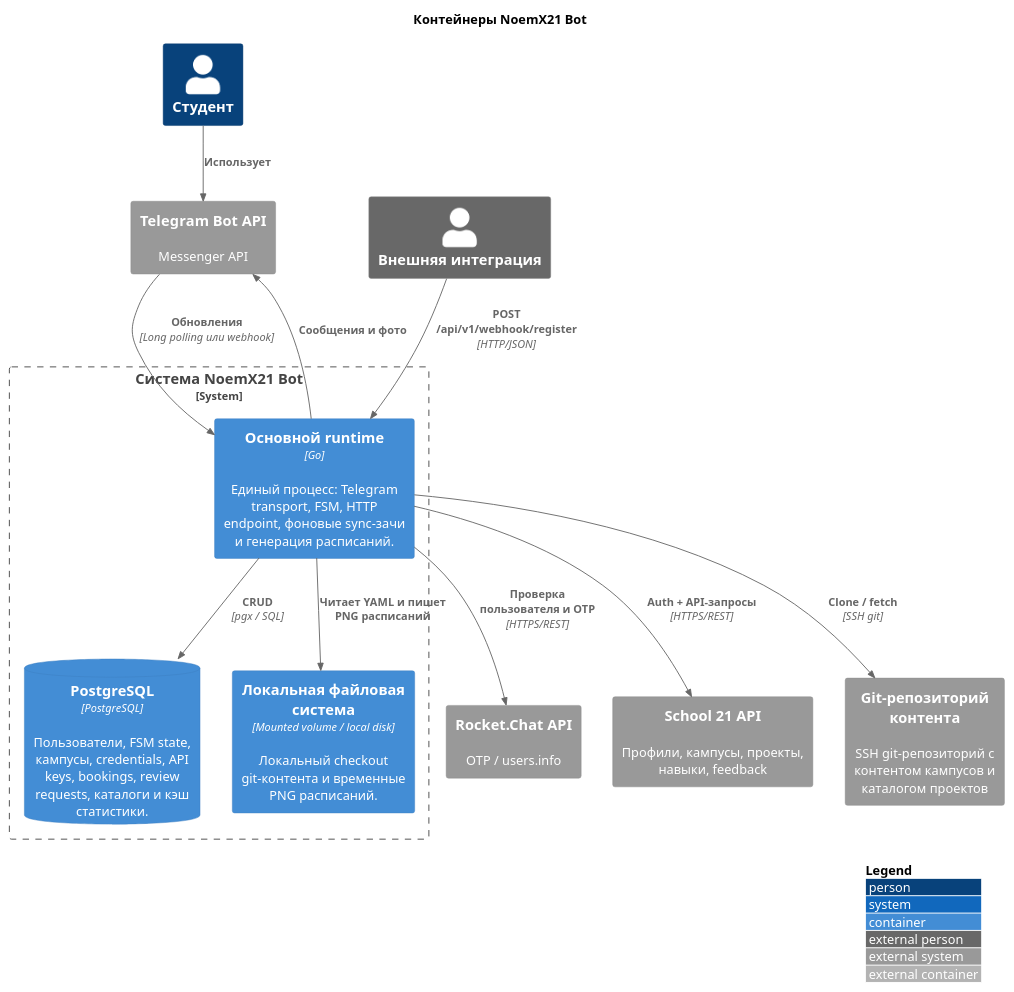
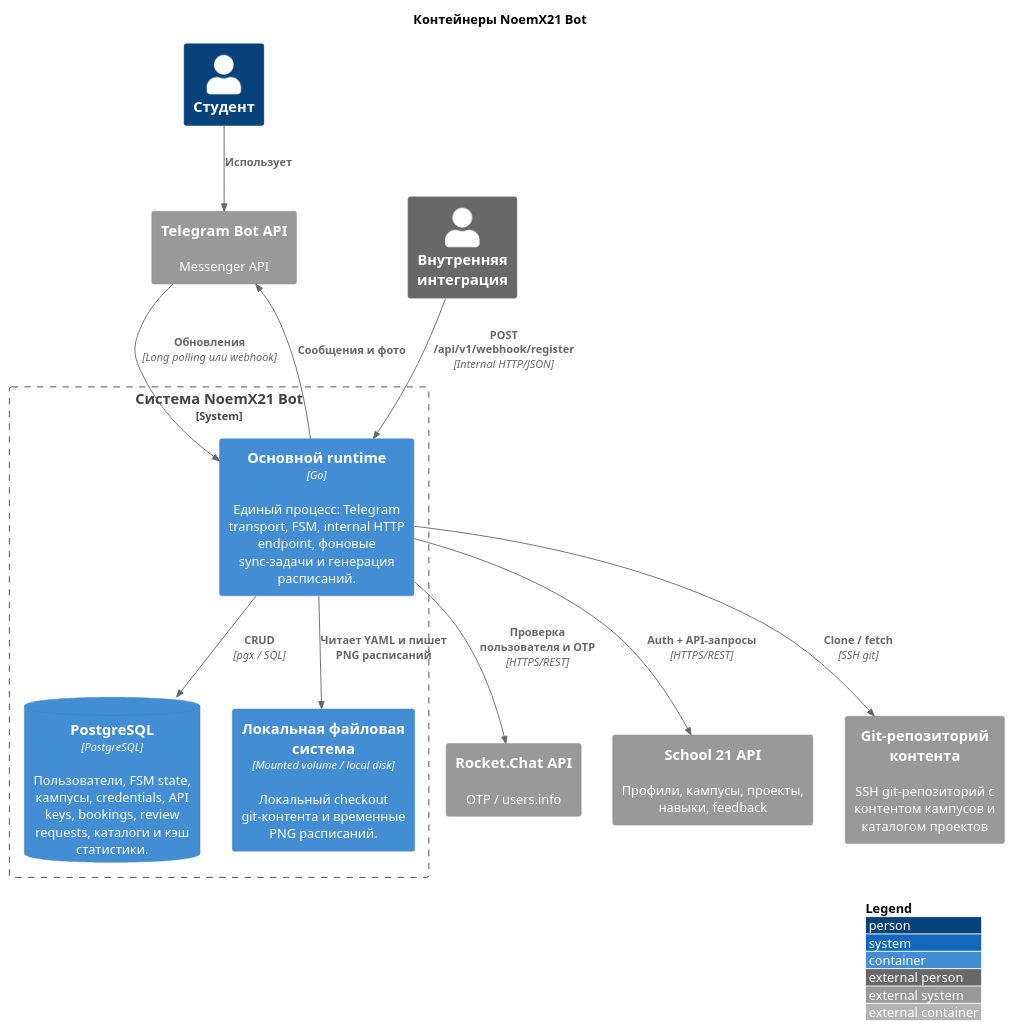
Before and after one commit to vgy789/NoemX21-bot: the diagram in docs/c4/c4_container.puml, drawn with PlantUML. The commit also changed 16 other files, not shown here.

```diff
--- a/docs/c4/c4_container.puml
+++ b/docs/c4/c4_container.puml
@@ -1,34 +1,34 @@
 @startuml
 !include https://raw.githubusercontent.com/plantuml-stdlib/C4-PlantUML/master/C4_Container.puml
 
 LAYOUT_WITH_LEGEND()
 
 title Контейнеры NoemX21 Bot
 
 Person(student, "Студент")
-Person_Ext(integrator, "Внешняя интеграция")
+Person_Ext(integrator, "Внутренняя интеграция")
 
 System_Boundary(noemx, "Система NoemX21 Bot") {
-    Container(app, "Основной runtime", "Go", "Единый процесс: Telegram transport, FSM, HTTP endpoint, фоновые sync-зачи и генерация расписаний.")
+    Container(app, "Основной runtime", "Go", "Единый процесс: Telegram transport, FSM, internal HTTP endpoint, фоновые sync-задачи и генерация расписаний.")
     ContainerDb(db, "PostgreSQL", "PostgreSQL", "Пользователи, FSM state, кампусы, credentials, API keys, bookings, review requests, каталоги и кэш статистики.")
     Container(fs, "Локальная файловая система", "Mounted volume / local disk", "Локальный checkout git-контента и временные PNG расписаний.")
 }
 
 System_Ext(telegram, "Telegram Bot API", "Messenger API")
 System_Ext(rocket, "Rocket.Chat API", "OTP / users.info")
 System_Ext(s21, "School 21 API", "Профили, кампусы, проекты, навыки, feedback")
 System_Ext(git_repo, "Git-репозиторий контента", "SSH git-репозиторий с контентом кампусов и каталогом проектов")
 
 Rel(student, telegram, "Использует")
 Rel(telegram, app, "Обновления", "Long polling или webhook")
 Rel(app, telegram, "Сообщения и фото")
 
-Rel(integrator, app, "POST /api/v1/webhook/register", "HTTP/JSON")
+Rel(integrator, app, "POST /api/v1/webhook/register", "Internal HTTP/JSON")
 
 Rel(app, db, "CRUD", "pgx / SQL")
 Rel(app, fs, "Читает YAML и пишет PNG расписаний")
 Rel(app, rocket, "Проверка пользователя и OTP", "HTTPS/REST")
 Rel(app, s21, "Auth + API-запросы", "HTTPS/REST")
 Rel(app, git_repo, "Clone / fetch", "SSH git")
 
 @enduml
```
